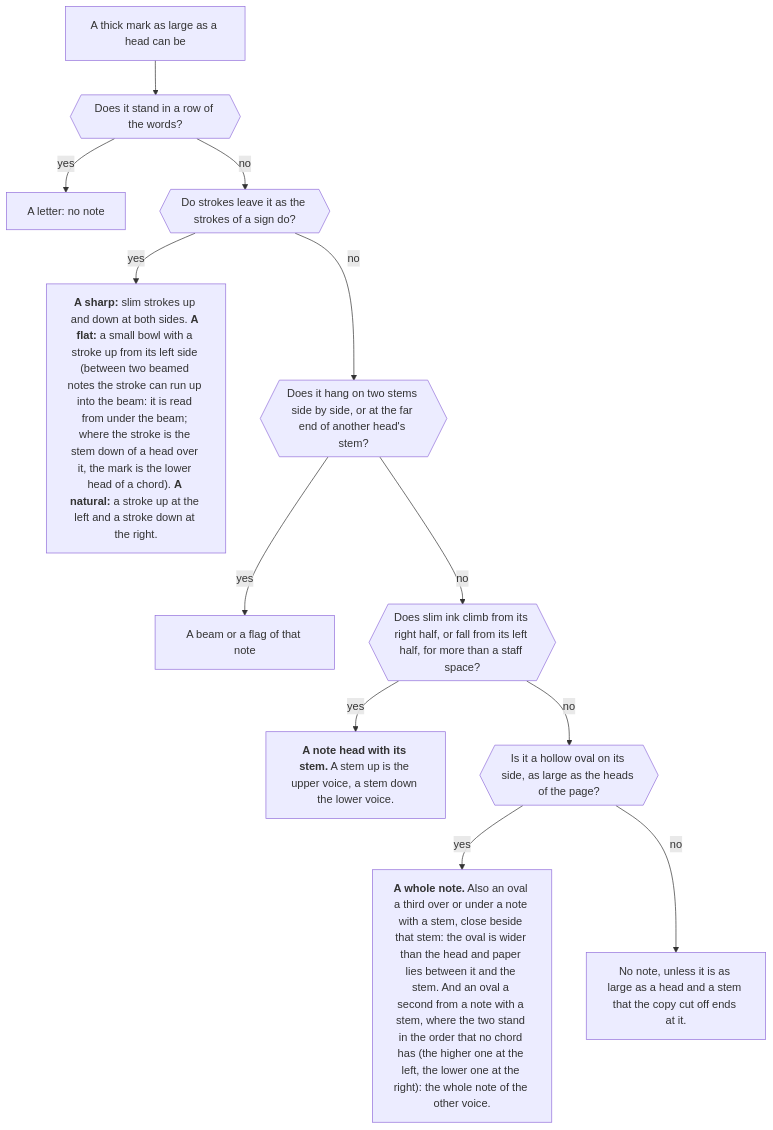
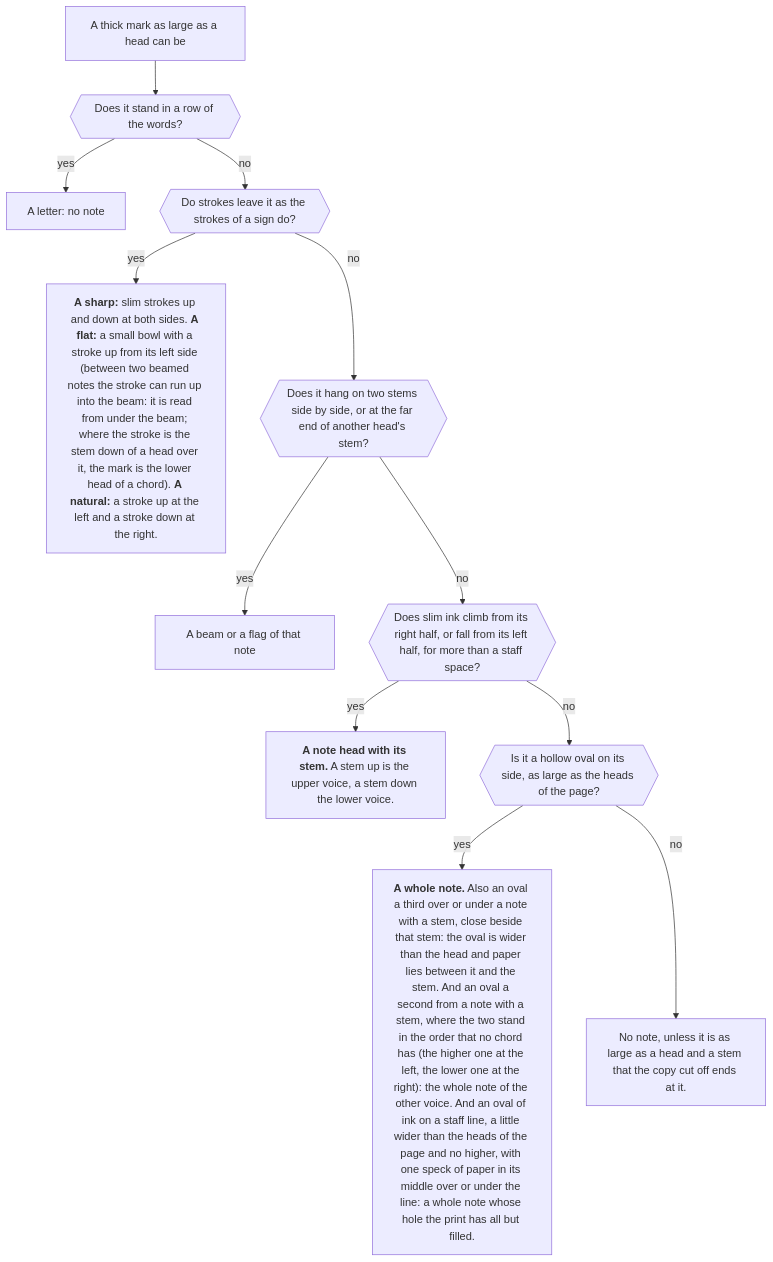
The fifth of 12 diagrams in README.md (sweet-cicero/ScoreReader), drawn with Mermaid before and after one commit. The commit also changed other lines of this file and 5 other files, not shown here.

First line of the commit message:
Round 29: a half note and a whole note on a line with one speck, a bow that ends in a staff line

````diff
--- a/README.md
+++ b/README.md
@@ -186,14 +186,14 @@
 ```mermaid
 flowchart TD
     mark["A thick mark as large as a head can be"] --> letter{{"Does it stand in a row of the words?"}}
     letter -- "yes" --> no1["A letter: no note"]
     letter -- "no" --> strokes{{"Do strokes leave it as the strokes of a sign do?"}}
     strokes -- "yes" --> sign["<b>A sharp:</b> slim strokes up and down at both sides. <b>A flat:</b> a small bowl with a stroke up from its left side (between two beamed notes the stroke can run up into the beam: it is read from under the beam; where the stroke is the stem down of a head over it, the mark is the lower head of a chord). <b>A natural:</b> a stroke up at the left and a stroke down at the right."]
     strokes -- "no" --> far{{"Does it hang on two stems side by side, or at the far end of another head's stem?"}}
     far -- "yes" --> tail["A beam or a flag of that note"]
     far -- "no" --> stem{{"Does slim ink climb from its right half, or fall from its left half, for more than a staff space?"}}
     stem -- "yes" --> head["<b>A note head with its stem.</b> A stem up is the upper voice, a stem down the lower voice."]
     stem -- "no" --> oval{{"Is it a hollow oval on its side, as large as the heads of the page?"}}
-    oval -- "yes" --> whole["<b>A whole note.</b> Also an oval a third over or under a note with a stem, close beside that stem: the oval is wider than the head and paper lies between it and the stem. And an oval a second from a note with a stem, where the two stand in the order that no chord has (the higher one at the left, the lower one at the right): the whole note of the other voice."]
+    oval -- "yes" --> whole["<b>A whole note.</b> Also an oval a third over or under a note with a stem, close beside that stem: the oval is wider than the head and paper lies between it and the stem. And an oval a second from a note with a stem, where the two stand in the order that no chord has (the higher one at the left, the lower one at the right): the whole note of the other voice. And an oval of ink on a staff line, a little wider than the heads of the page and no higher, with one speck of paper in its middle over or under the line: a whole note whose hole the print has all but filled."]
     oval -- "no" --> orphan["No note, unless it is as large as a head and a stem that the copy cut off ends at it."]
 ```
````
